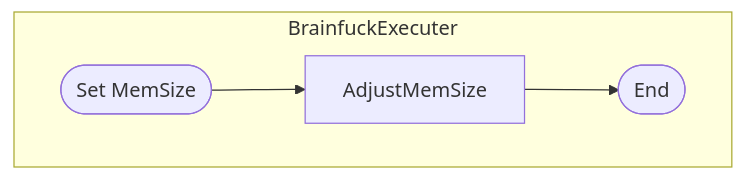
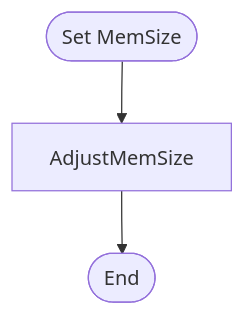
The ninth of 28 diagrams in src/Classes_Info/BrainfuckExecuter.md (BCS21090011/BrainFucker), drawn with Mermaid before and after one commit. The commit also changed other lines of this file, not shown here.

Commit message:
Adjust mermaid flowcharts

````diff
--- a/src/Classes_Info/BrainfuckExecuter.md
+++ b/src/Classes_Info/BrainfuckExecuter.md
@@ -489,15 +485,13 @@
     ```mermaid
     flowchart TD
 
-    subgraph BrainfuckExecuter
-        Start([Set MemSize])
-        AdjustMemSize
-        End([End])
-    end
+    Start([Set MemSize])
+    AdjustMemSize
+    End([End])
 
     Start
     -->
     AdjustMemSize
     -->
     End
     ```
````
